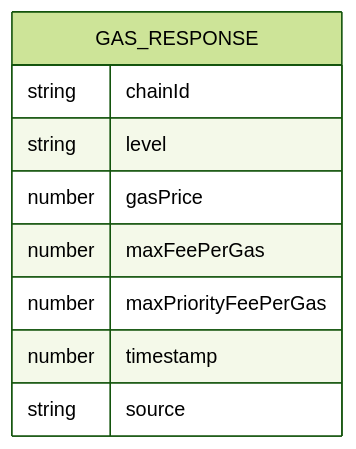
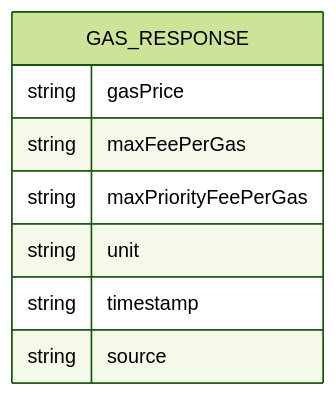
Before and after one commit to CryptoLinxu/Web3-AI-Agent: the fourth of 6 diagrams in .qoder/repowiki/zh/content/Web3工具集成/核心Web3工具实现/Gas价格查询工具.md, drawn with Mermaid (forest theme). The commit also changed other lines of this file and 6 other files, not shown here.

````diff
--- a/.qoder/repowiki/zh/content/Web3工具集成/核心Web3工具实现/Gas价格查询工具.md
+++ b/.qoder/repowiki/zh/content/Web3工具集成/核心Web3工具实现/Gas价格查询工具.md
@@ -174,12 +189,11 @@
 ```mermaid
 erDiagram
 GAS_RESPONSE {
-string chainId
-string level
-number gasPrice
-number maxFeePerGas
-number maxPriorityFeePerGas
-number timestamp
+string gasPrice
+string maxFeePerGas
+string maxPriorityFeePerGas
+string unit
+string timestamp
 string source
 }
 ```
````
